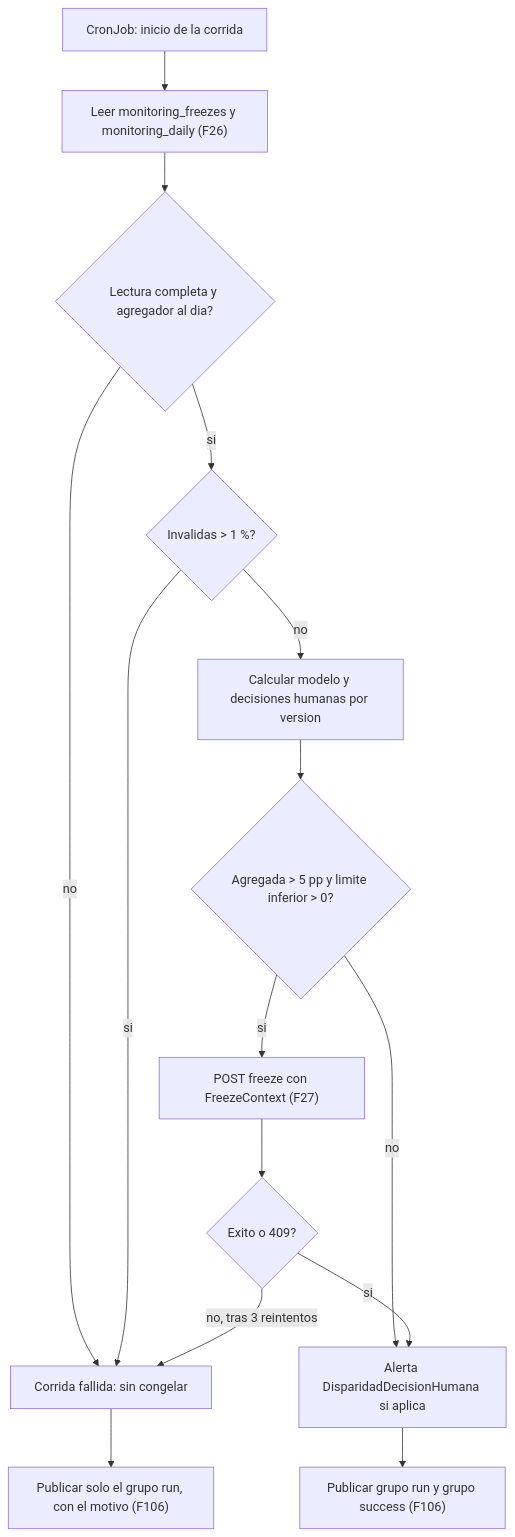
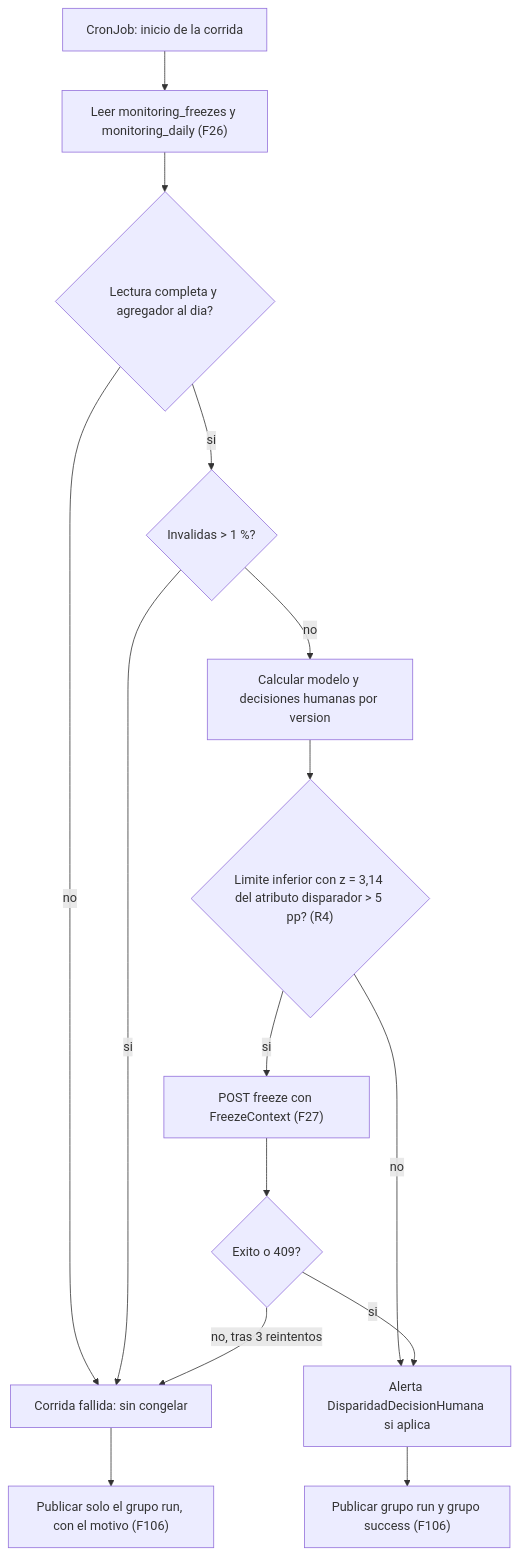
The diagram in vectra-risk/aidlc-docs/construction/bias-monitoring/functional-design/business-logic-model.md (jjlloobb/topicos-especiales-credito-de-vivienda), drawn with Mermaid before and after one commit. The commit also changed other lines of this file and 5 other files, not shown here.

````diff
--- a/vectra-risk/aidlc-docs/construction/bias-monitoring/functional-design/business-logic-model.md
+++ b/vectra-risk/aidlc-docs/construction/bias-monitoring/functional-design/business-logic-model.md
@@ -28,27 +28,27 @@
 ```mermaid
 flowchart TD
     start["CronJob: inicio de la corrida"]
     read["Leer monitoring_freezes y monitoring_daily (F26)"]
     readFail{"Lectura completa y agregador al dia?"}
     invalid{"Invalidas > 1 %?"}
     calc["Calcular modelo y decisiones humanas por version"]
-    rule{"Agregada > 5 pp y limite inferior > 0?"}
+    rule{"Limite inferior con z = 3,14 del atributo disparador > 5 pp? (R4)"}
     freeze["POST freeze con FreezeContext (F27)"]
     freezeOk{"Exito o 409?"}
     human["Alerta DisparidadDecisionHumana si aplica"]
     publish["Publicar grupo run y grupo success (F106)"]
     failed["Corrida fallida: sin congelar"]
     publishRun["Publicar solo el grupo run, con el motivo (F106)"]
 
     start --> read --> readFail
     readFail -->|"no"| failed
     readFail -->|"si"| invalid
     invalid -->|"si"| failed
     invalid -->|"no"| calc --> rule
     rule -->|"si"| freeze --> freezeOk
     rule -->|"no"| human
     freezeOk -->|"si"| human
     freezeOk -->|"no, tras 3 reintentos"| failed
     human --> publish
     failed --> publishRun
 ```
````
